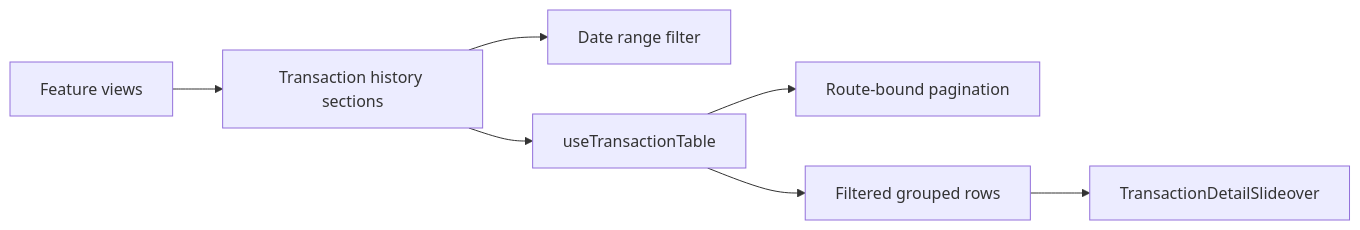
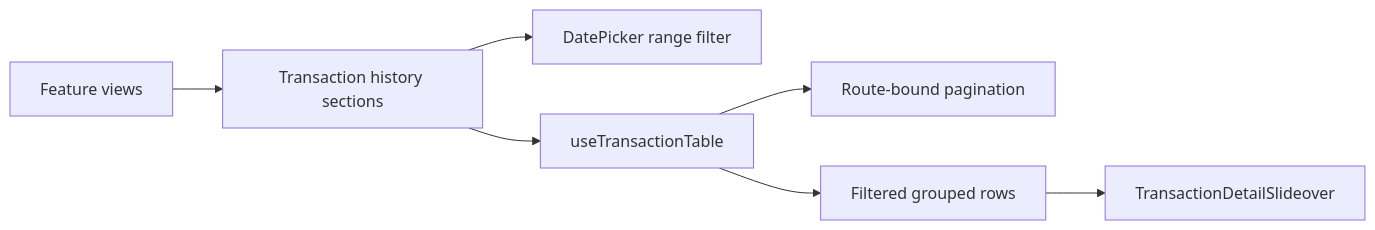
Before and after one commit to globe-and-citizen/cnc-portal: the diagram in docs/implementation/transaction-history/README.md, drawn with Mermaid. The commit also changed other lines of this file and 22 other files, not shown here.

````diff
--- a/docs/implementation/transaction-history/README.md
+++ b/docs/implementation/transaction-history/README.md
@@ -16,9 +16,9 @@
 ```mermaid
 flowchart LR
   views[Feature views] --> histories[Transaction history sections]
-  histories --> dateFilter[Date range filter]
+  histories --> dateFilter[DatePicker range filter]
   histories --> tableState[useTransactionTable]
   tableState --> pagination[Route-bound pagination]
   tableState --> rows[Filtered grouped rows]
   rows --> detail[TransactionDetailSlideover]
 ```
````
